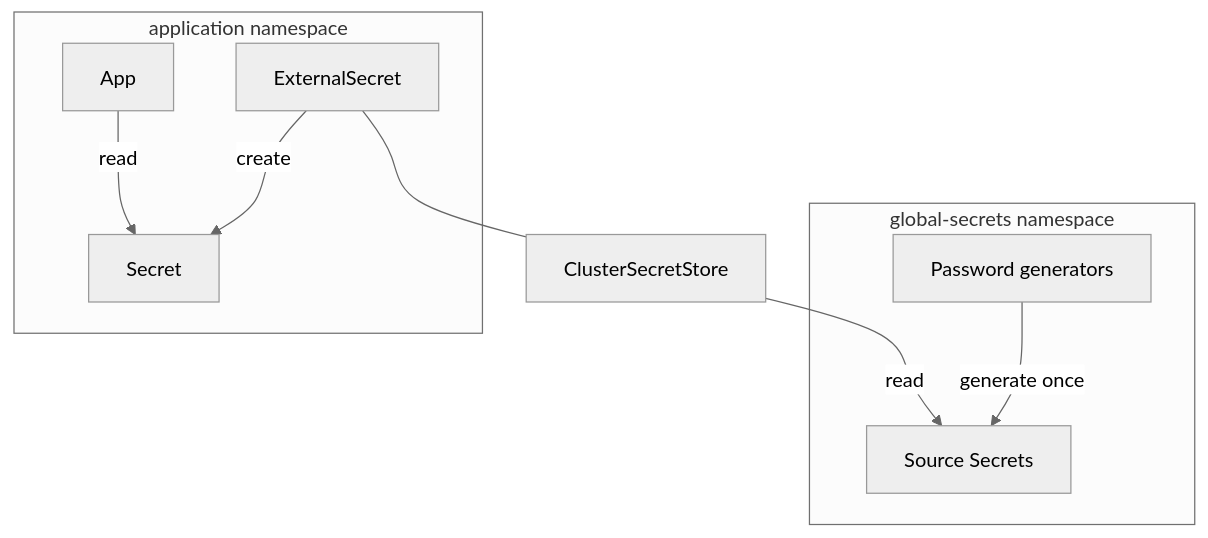
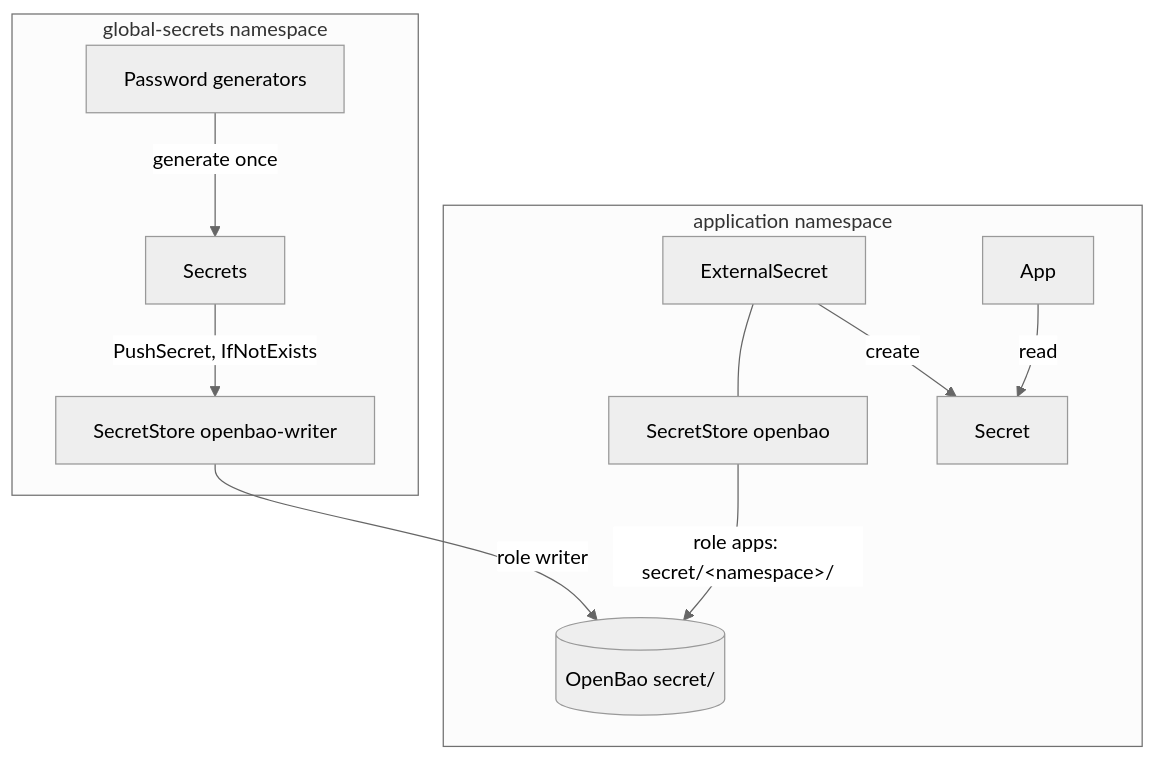
The diagram in docs/concepts/secrets-management.md (duongle-steven/homelab), drawn with Mermaid (neutral theme) before and after one commit. The commit also changed other lines of this file and 2 other files, not shown here.

First line of the commit message:
docs: OpenBao secrets management (step 8a)

````diff
--- a/docs/concepts/secrets-management.md
+++ b/docs/concepts/secrets-management.md
@@ -17,14 +11,14 @@
 ```mermaid
 flowchart TD
-  subgraph global-secrets-namespace[global-secrets namespace]
-    password-generators[Password generators] -- generate once --> source-secrets[Source Secrets]
+  subgraph global-secrets[global-secrets namespace]
+    generators[Password generators] -- generate once --> source[Secrets]
+    source -- PushSecret, IfNotExists --> writer[SecretStore openbao-writer]
   end
-
-  subgraph app-namespace[application namespace]
+  writer -- role writer --> openbao[(OpenBao secret/)]
+  subgraph app[application namespace]
+    store[SecretStore openbao] -- role apps: secret/&lt;namespace&gt;/ --> openbao
+    ExternalSecret --- store
     ExternalSecret -- create --> Secret
     App -- read --> Secret
   end
-
-  ClusterSecretStore -- read --> source-secrets
-  ExternalSecret --- ClusterSecretStore
 ```
````
